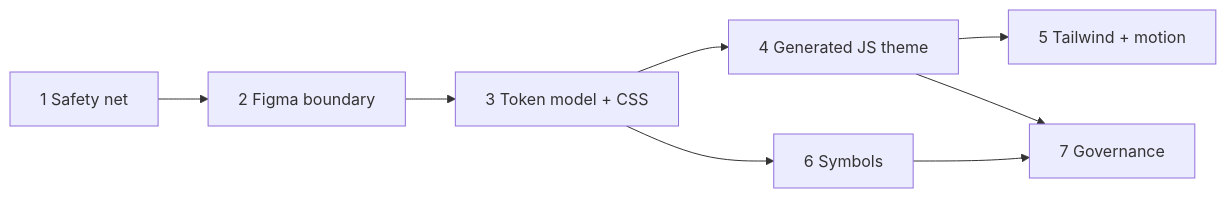
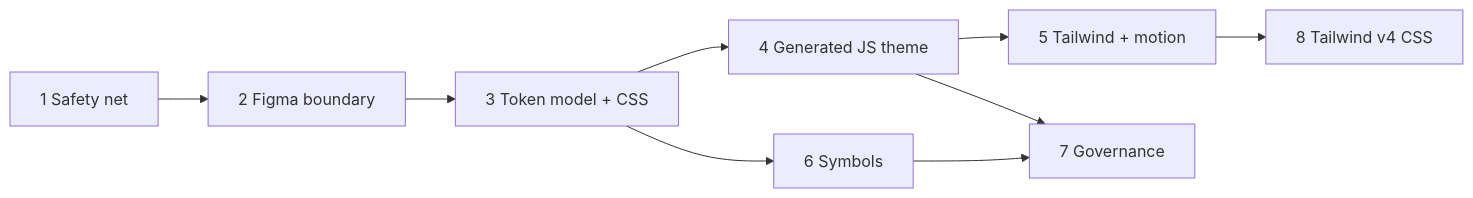
The fourth of 5 diagrams in docs/adr/0003-design-pipeline.md (LedgerHQ/lumen), drawn with Mermaid before and after one commit. The commit also changed other lines of this file, not shown here.

Commit message:
docs(adr): add the Tailwind v4 CSS output as ticket 8

````diff
--- a/docs/adr/0003-design-pipeline.md
+++ b/docs/adr/0003-design-pipeline.md
@@ -348,7 +348,8 @@
 ```mermaid
 flowchart LR
   T1["1 Safety net"] --> T2["2 Figma boundary"] --> T3["3 Token model + CSS"] --> T4["4 Generated JS theme"] --> T5["5 Tailwind + motion"]
   T3 --> T6["6 Symbols"]
   T4 --> T7["7 Governance"]
   T6 --> T7
+  T5 --> T8["8 Tailwind v4 CSS"]
 ```
````
